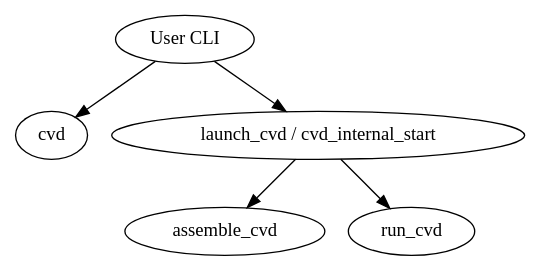
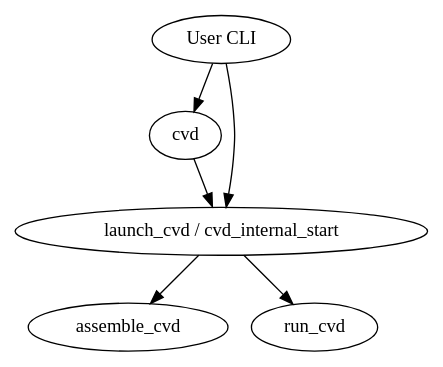
The diagram in host/commands/start/linkage.dot (google/android-cuttlefish), drawn with Graphviz before and after one commit. The commit also changed 3 other files, not shown here.

First line of the commit message:
start docs svg -> png, add cvd link

```diff
--- a/host/commands/start/linkage.dot
+++ b/host/commands/start/linkage.dot
@@ -1,12 +1,13 @@
 digraph {
-  assemble_cvd
-  cvd
-  cvd_internal_start [label = "launch_cvd / cvd_internal_start"]
-  run_cvd
+  assemble_cvd [URL = "https://cs.android.com/android/platform/superproject/+/master:device/google/cuttlefish/host/commands/assemble_cvd/"]
+  cvd [URL = "https://cs.android.com/android/platform/superproject/+/master:device/google/cuttlefish/host/commands/cvd/"]
+  cvd_internal_start [label = "launch_cvd / cvd_internal_start", URL = "https://cs.android.com/android/platform/superproject/+/master:device/google/cuttlefish/host/commands/start/"]
+  run_cvd [URL = "https://cs.android.com/android/platform/superproject/+/master:device/google/cuttlefish/host/commands/run_cvd/"]
   user [label = "User CLI"]
 
   user -> cvd
+  cvd -> cvd_internal_start
   user -> cvd_internal_start
   cvd_internal_start -> assemble_cvd
   cvd_internal_start -> run_cvd
 }
```
